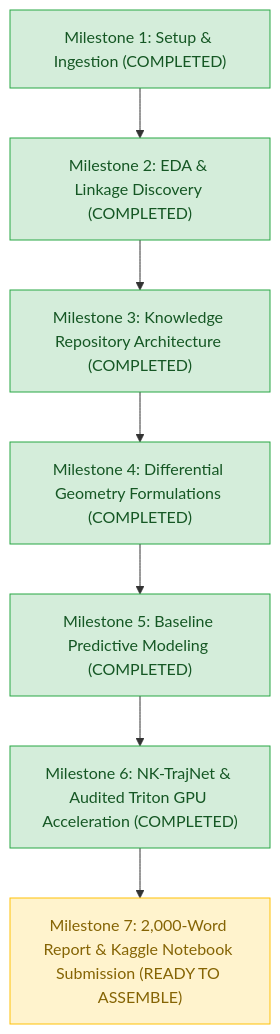
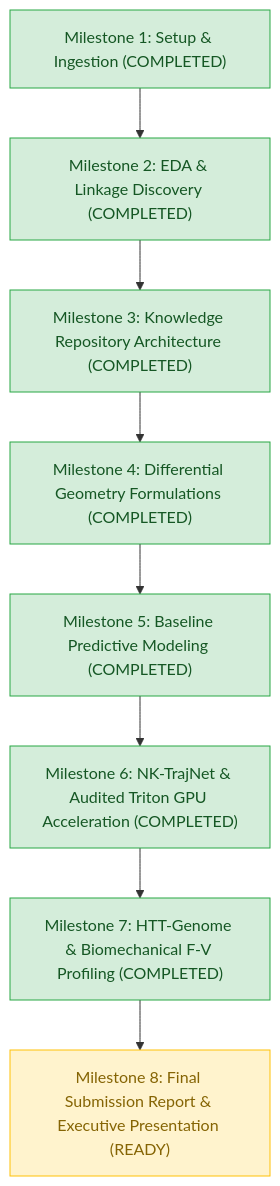
One commit to Ragu-123/NFL2027 changed the diagram in knowledge/progress_tracker.md. Above: the diagram before and after it, drawn with Mermaid. The commit also changed other lines of this file and 21 other files, not shown here.

Commit message:
feat(research): implement trained Hierarchical Trajectory Transformer (HTT-Genome), ballistic jump F-V estimation, and robust PyTorch differential geometry fallback

````diff
--- a/knowledge/progress_tracker.md
+++ b/knowledge/progress_tracker.md
@@ -13,17 +13,19 @@
 ```mermaid
 flowchart TD
     M1["Milestone 1: Setup & Ingestion (COMPLETED)"] --> M2["Milestone 2: EDA & Linkage Discovery (COMPLETED)"]
     M2 --> M3["Milestone 3: Knowledge Repository Architecture (COMPLETED)"]
     M3 --> M4["Milestone 4: Differential Geometry Formulations (COMPLETED)"]
     M4 --> M5["Milestone 5: Baseline Predictive Modeling (COMPLETED)"]
     M5 --> M6["Milestone 6: NK-TrajNet & Audited Triton GPU Acceleration (COMPLETED)"]
-    M6 --> M7["Milestone 7: 2,000-Word Report & Kaggle Notebook Submission (READY TO ASSEMBLE)"]
+    M6 --> M7["Milestone 7: HTT-Genome & Biomechanical F-V Profiling (COMPLETED)"]
+    M7 --> M8["Milestone 8: Final Submission Report & Executive Presentation (READY)"]
 
     style M1 fill:#d4edda,stroke:#28a745,color:#155724
     style M2 fill:#d4edda,stroke:#28a745,color:#155724
     style M3 fill:#d4edda,stroke:#28a745,color:#155724
     style M4 fill:#d4edda,stroke:#28a745,color:#155724
     style M5 fill:#d4edda,stroke:#28a745,color:#155724
     style M6 fill:#d4edda,stroke:#28a745,color:#155724
-    style M7 fill:#fff3cd,stroke:#ffc107,color:#856404
+    style M7 fill:#d4edda,stroke:#28a745,color:#155724
+    style M8 fill:#fff3cd,stroke:#ffc107,color:#856404
 ```
````
